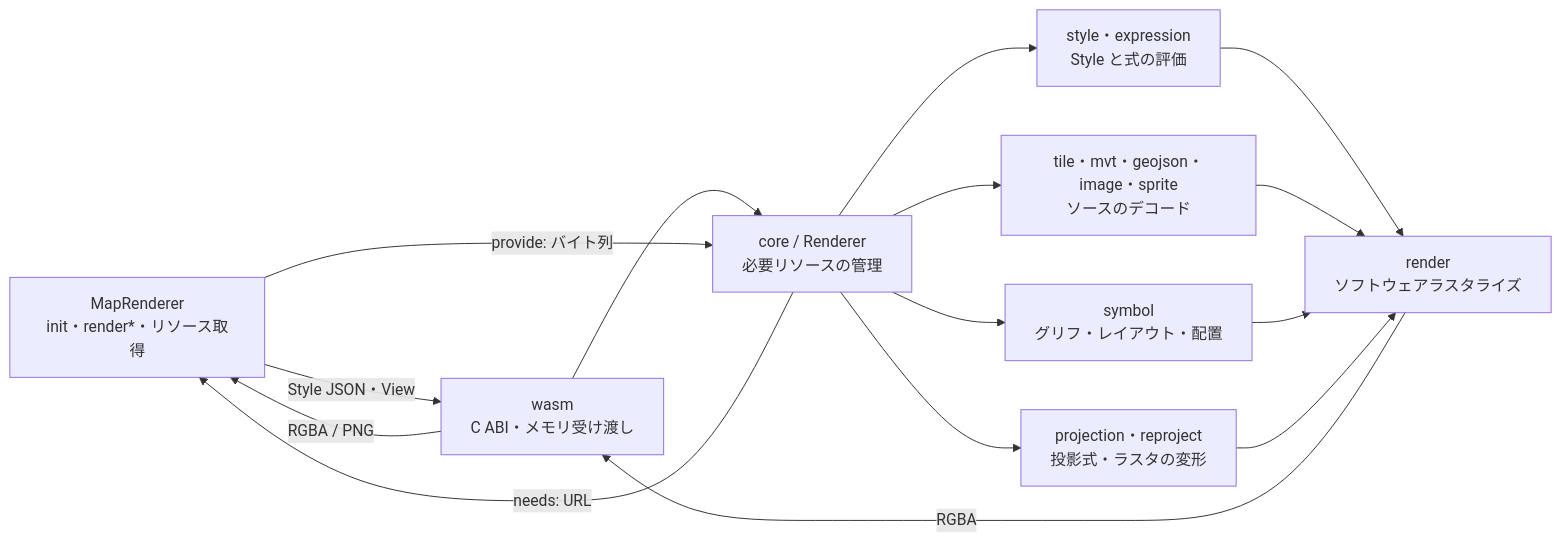
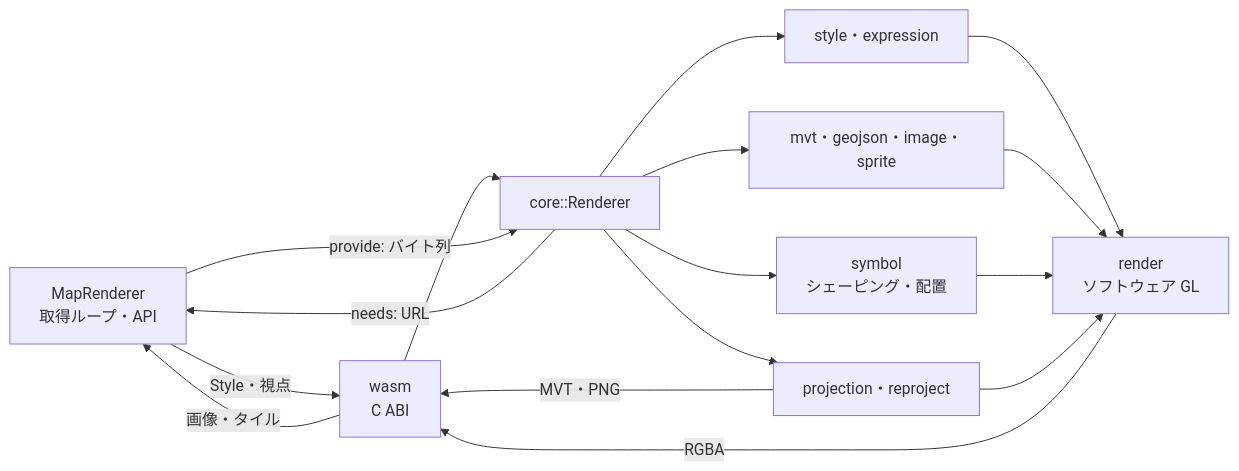
Before and after one commit to Kanahiro/ml2drender: the diagram in README.md, drawn with Mermaid. The commit also changed other lines of this file, not shown here.

Commit message:
Rewrite the README for publication: features, quick start, usage by task, API reference, conformance

````diff
--- a/README.md
+++ b/README.md
@@ -129,17 +220,15 @@
 ```mermaid
 flowchart LR
-    Host[MapRenderer<br/>init・render*・リソース取得] -->|Style JSON・View| ABI[wasm<br/>C ABI・メモリ受け渡し]
-    ABI --> Core[core / Renderer<br/>必要リソースの管理]
+    Host[MapRenderer<br/>取得ループ・API] -->|Style・視点| ABI[wasm<br/>C ABI]
+    ABI --> Core[core::Renderer]
     Core -->|needs: URL| Host
     Host -->|provide: バイト列| Core
-    Core --> Style[style・expression<br/>Style と式の評価]
-    Core --> Sources[tile・mvt・geojson・image・sprite<br/>ソースのデコード]
-    Core --> Symbols[symbol<br/>グリフ・レイアウト・配置]
-    Core --> Proj[projection・reproject<br/>投影式・ラスタの変形]
-    Style --> Draw[render<br/>ソフトウェアラスタライズ]
-    Sources --> Draw
-    Symbols --> Draw
-    Proj --> Draw
+    Core --> Style[style・expression]
+    Core --> Sources[mvt・geojson・image・sprite]
+    Core --> Symbols[symbol<br/>シェーピング・配置]
+    Core --> Proj[projection・reproject]
+    Style & Sources & Symbols & Proj --> Draw[render<br/>ソフトウェア GL]
     Draw -->|RGBA| ABI
-    ABI -->|RGBA / PNG| Host
+    Proj -->|MVT・PNG| ABI
+    ABI -->|画像・タイル| Host
 ```
````
